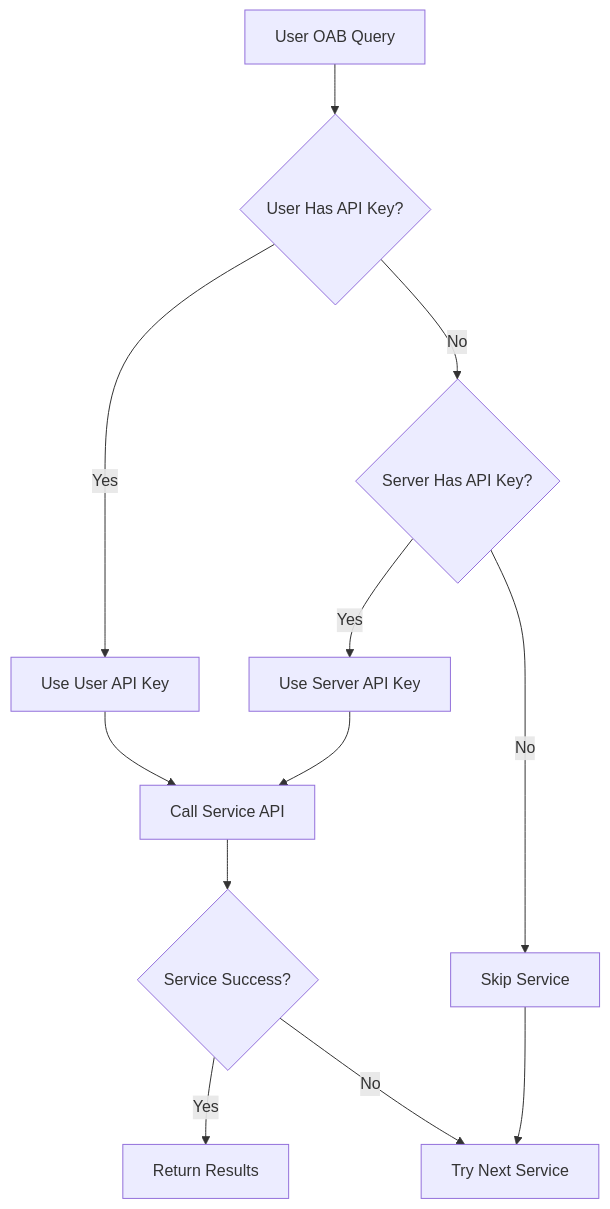
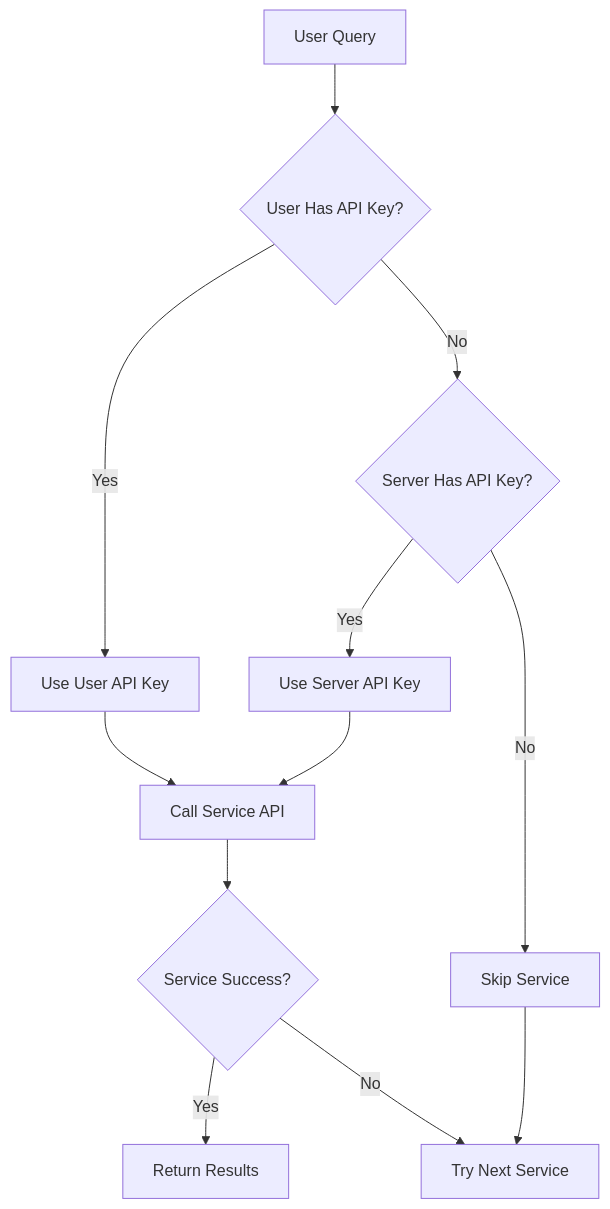
Diagram 15 of 16 in .qoder/repowiki/en/content/API Integration Layer/API Integration Layer.md (Alexandrexicara/bot-processos), drawn with Mermaid before and after one commit. The commit also changed other lines of this file and 10 other files, not shown here.

````diff
--- a/.qoder/repowiki/en/content/API Integration Layer/API Integration Layer.md
+++ b/.qoder/repowiki/en/content/API Integration Layer/API Integration Layer.md
@@ -777,14 +740,14 @@
 ```mermaid
 flowchart TD
-UserQuery["User OAB Query"] --> CheckUserKey{"User Has API Key?"}
+UserQuery["User Query"] --> CheckUserKey{"User Has API Key?"}
 CheckUserKey --> |Yes| UseUserKey["Use User API Key"]
 CheckUserKey --> |No| CheckServerKey{"Server Has API Key?"}
 CheckServerKey --> |Yes| UseServerKey["Use Server API Key"]
 CheckServerKey --> |No| SkipService["Skip Service"]
 UseUserKey --> ServiceCall["Call Service API"]
 UseServerKey --> ServiceCall
 SkipService --> NextService["Try Next Service"]
 ServiceCall --> ServiceSuccess{"Service Success?"}
 ServiceSuccess --> |Yes| ReturnResults["Return Results"]
 ServiceSuccess --> |No| NextService
 ```
````
